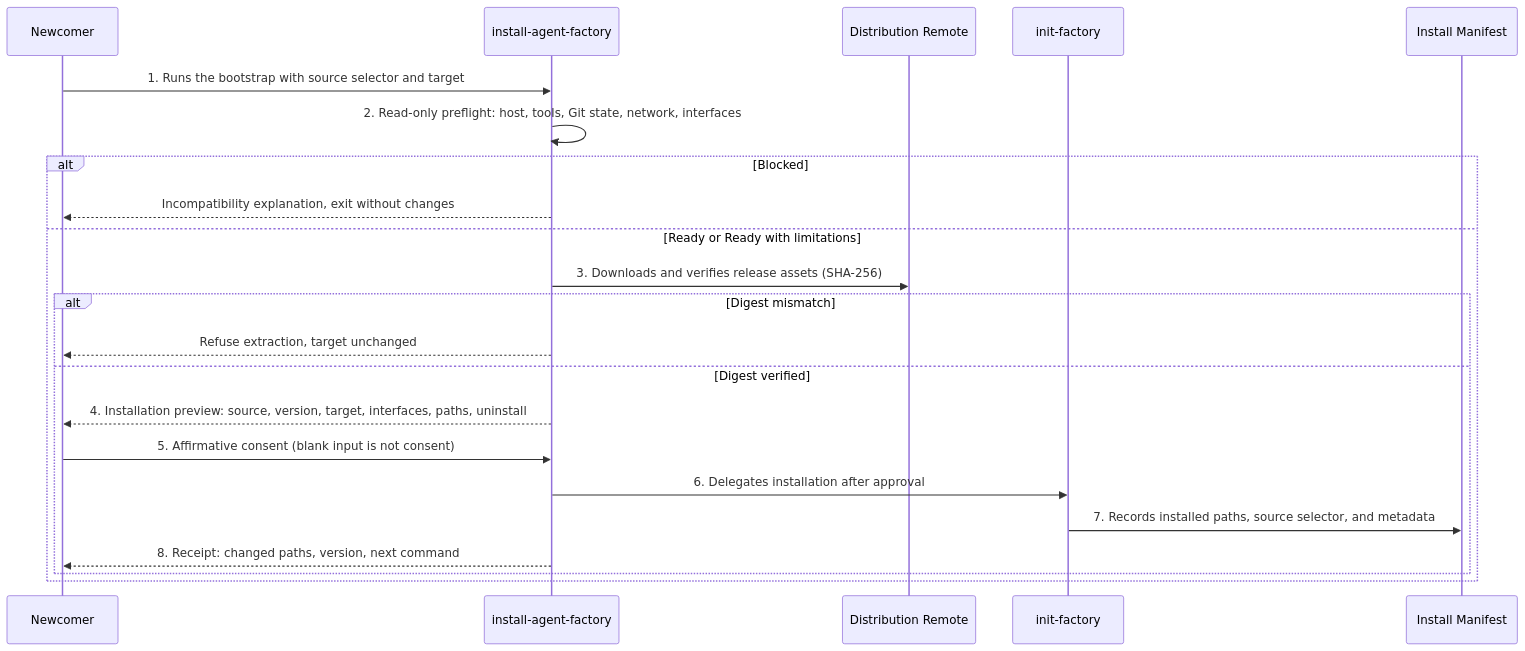
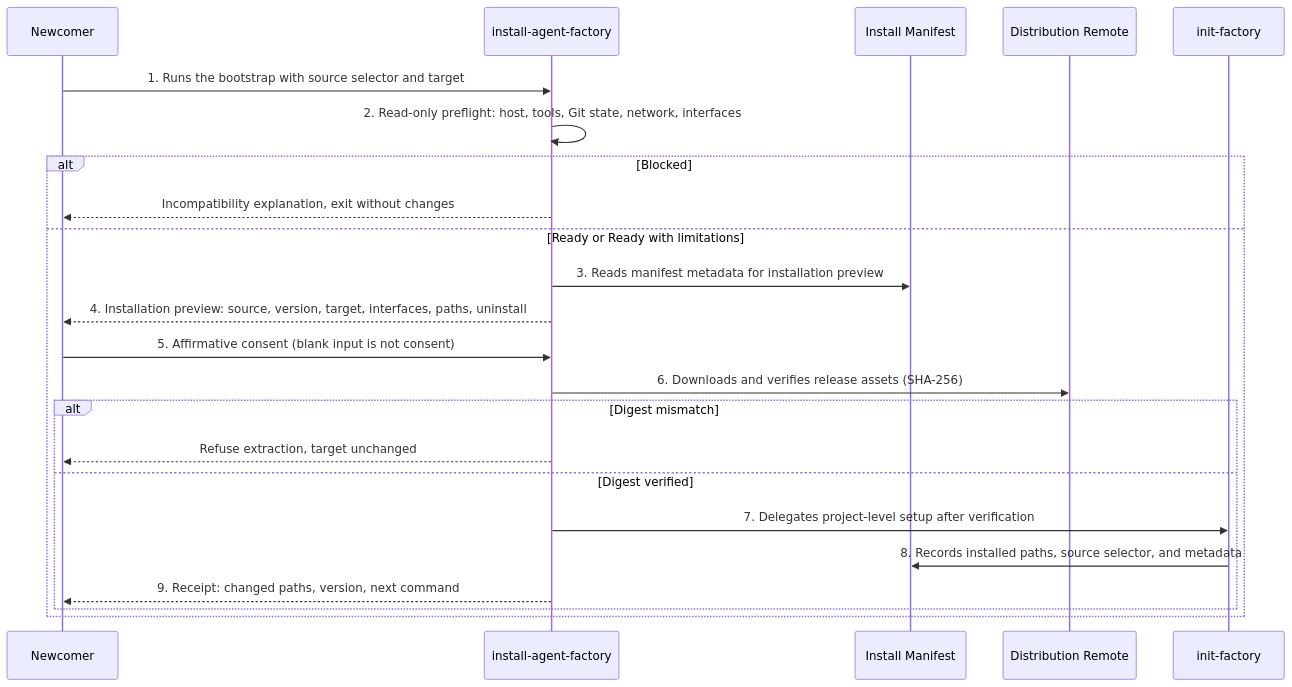
Before and after one commit to matthiasdaues/agent_factory: diagram 13 of 17 in docs/arc42/06_runtime_view.md, drawn with Mermaid. The commit also changed other lines of this file and 32 other files, not shown here.

````diff
--- a/docs/arc42/06_runtime_view.md
+++ b/docs/arc42/06_runtime_view.md
@@ -361,25 +361,26 @@
 ```mermaid
 sequenceDiagram
     participant N as Newcomer
     participant B as install-agent-factory
+    participant IM as Install Manifest
     participant DR as Distribution Remote
     participant IF as init-factory
-    participant IM as Install Manifest
 
     N->>B: 1. Runs the bootstrap with source selector and target
     B->>B: 2. Read-only preflight: host, tools, Git state, network, interfaces
     alt Blocked
         B-->>N: Incompatibility explanation, exit without changes
     else Ready or Ready with limitations
-        B->>DR: 3. Downloads and verifies release assets (SHA-256)
+        B->>IM: 3. Reads manifest metadata for installation preview
+        B-->>N: 4. Installation preview: source, version, target, interfaces, paths, uninstall
+        N->>B: 5. Affirmative consent (blank input is not consent)
+        B->>DR: 6. Downloads and verifies release assets (SHA-256)
         alt Digest mismatch
             B-->>N: Refuse extraction, target unchanged
         else Digest verified
-            B-->>N: 4. Installation preview: source, version, target, interfaces, paths, uninstall
-            N->>B: 5. Affirmative consent (blank input is not consent)
-            B->>IF: 6. Delegates installation after approval
-            IF->>IM: 7. Records installed paths, source selector, and metadata
-            B-->>N: 8. Receipt: changed paths, version, next command
+            B->>IF: 7. Delegates project-level setup after verification
+            IF->>IM: 8. Records installed paths, source selector, and metadata
+            B-->>N: 9. Receipt: changed paths, version, next command
         end
     end
 ```
````
